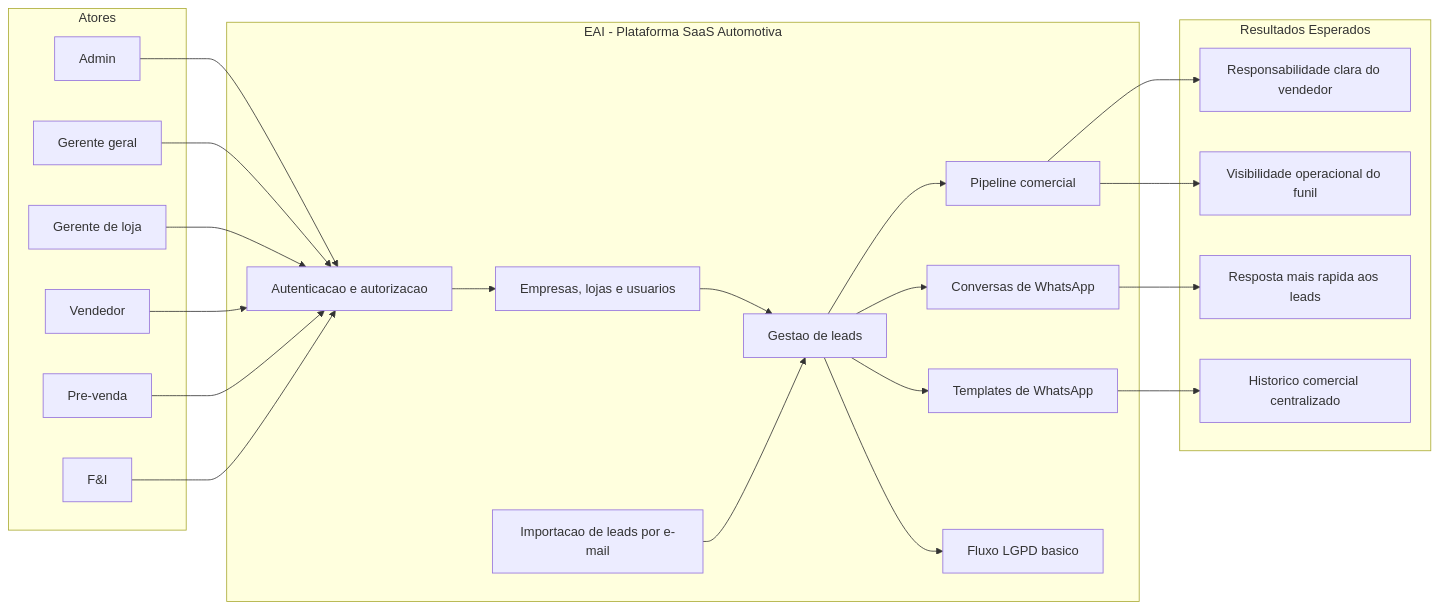
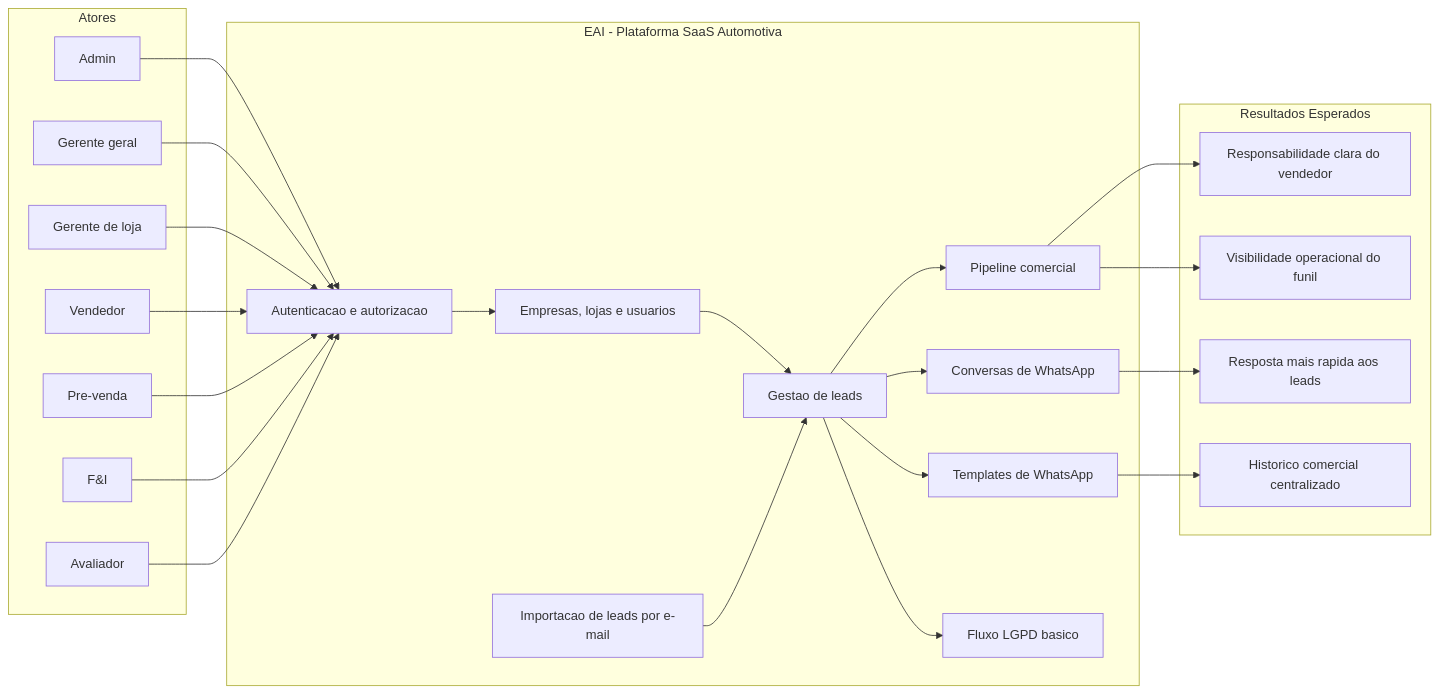
The first of 2 diagrams in docs/negocio/diagrama-produto.md (gabrielfelipeoliveira/eai), drawn with Mermaid before and after one commit. The commit also changed other lines of this file and 15 other files, not shown here.

````diff
--- a/docs/negocio/diagrama-produto.md
+++ b/docs/negocio/diagrama-produto.md
@@ -9,49 +9,51 @@
 ```mermaid
 flowchart LR
     subgraph Atores["Atores"]
         ADMIN["Admin"]
         MANAGER["Gerente geral"]
         STORE_MANAGER["Gerente de loja"]
         SELLER["Vendedor"]
         PRE_SALES["Pre-venda"]
         FANDI["F&I"]
+        AVALIADOR["Avaliador"]
     end
 
     subgraph EAI["EAI - Plataforma SaaS Automotiva"]
         AUTH["Autenticacao e autorizacao"]
         TENANT["Empresas, lojas e usuarios"]
         LEADS["Gestao de leads"]
         PIPELINE["Pipeline comercial"]
         CONVERSATIONS["Conversas de WhatsApp"]
         TEMPLATES["Templates de WhatsApp"]
         EMAIL["Importacao de leads por e-mail"]
         LGPD["Fluxo LGPD basico"]
     end
 
     subgraph Saidas["Resultados Esperados"]
         RESPONSE["Resposta mais rapida aos leads"]
         OWNERSHIP["Responsabilidade clara do vendedor"]
         HISTORY["Historico comercial centralizado"]
         VISIBILITY["Visibilidade operacional do funil"]
     end
 
     ADMIN --> AUTH
     MANAGER --> AUTH
     STORE_MANAGER --> AUTH
     SELLER --> AUTH
     PRE_SALES --> AUTH
     FANDI --> AUTH
+    AVALIADOR --> AUTH
 
     AUTH --> TENANT
     TENANT --> LEADS
     EMAIL --> LEADS
     LEADS --> PIPELINE
     LEADS --> CONVERSATIONS
     LEADS --> TEMPLATES
     LEADS --> LGPD
 
     PIPELINE --> OWNERSHIP
     CONVERSATIONS --> RESPONSE
     TEMPLATES --> HISTORY
     PIPELINE --> VISIBILITY
 ```
````
